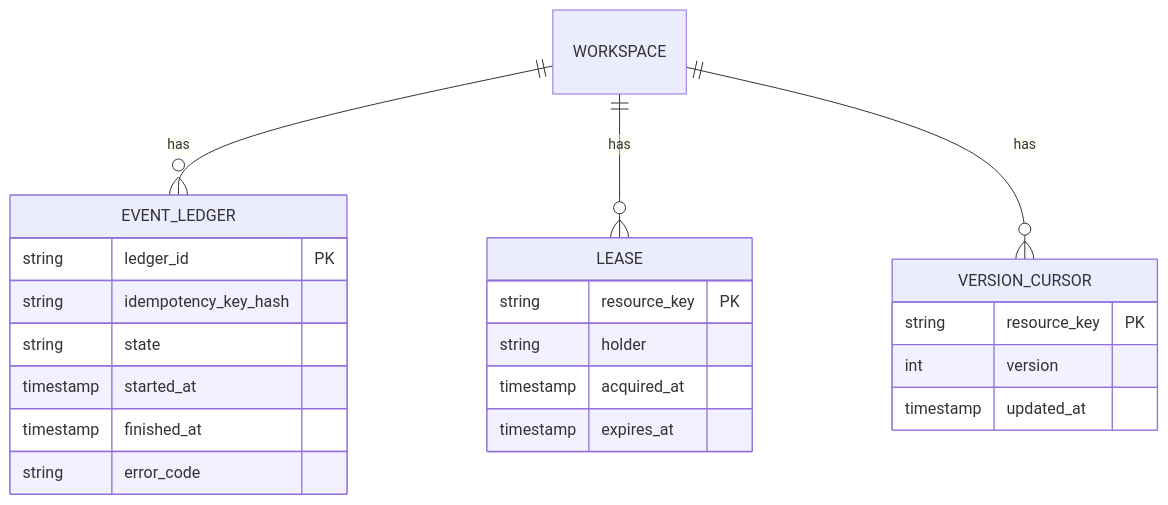
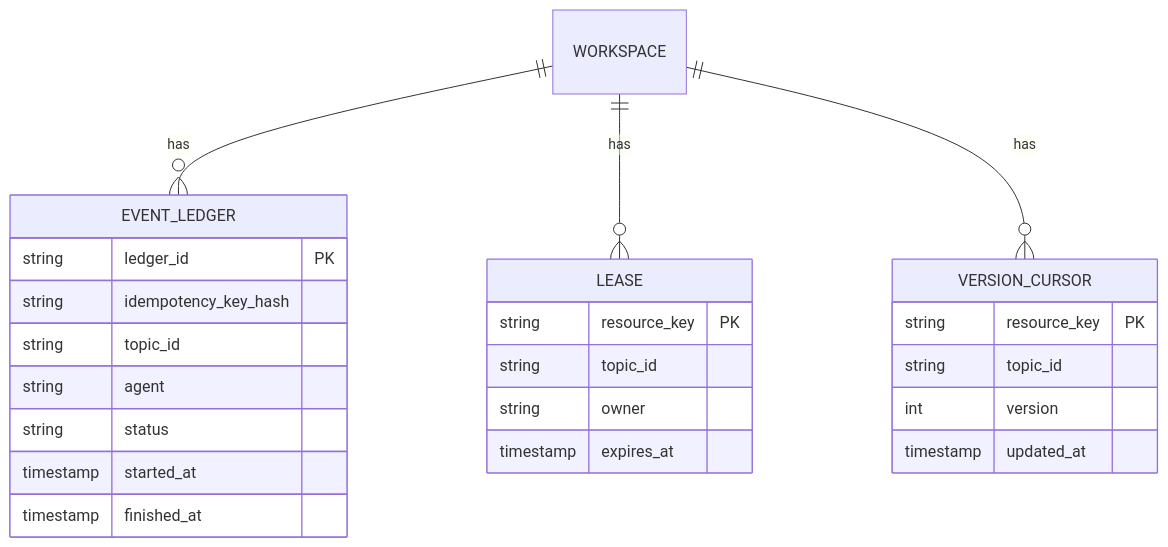
One commit to Keyhole-Koro/clarify-spec changed the second of 2 diagrams in firestore/schema.md. Above: the diagram before and after it, drawn with Mermaid. The commit also changed other lines of this file and 24 other files, not shown here.

````diff
--- a/firestore/schema.md
+++ b/firestore/schema.md
@@ -136,28 +101,30 @@
 ```mermaid
 erDiagram
   WORKSPACE ||--o{ EVENT_LEDGER : has
   WORKSPACE ||--o{ LEASE : has
   WORKSPACE ||--o{ VERSION_CURSOR : has
 
   EVENT_LEDGER {
     string ledger_id PK
     string idempotency_key_hash
-    string state
+    string topic_id
+    string agent
+    string status
     timestamp started_at
     timestamp finished_at
-    string error_code
   }
 
   LEASE {
     string resource_key PK
-    string holder
-    timestamp acquired_at
+    string topic_id
+    string owner
     timestamp expires_at
   }
 
   VERSION_CURSOR {
     string resource_key PK
+    string topic_id
     int version
     timestamp updated_at
   }
 ```
````
